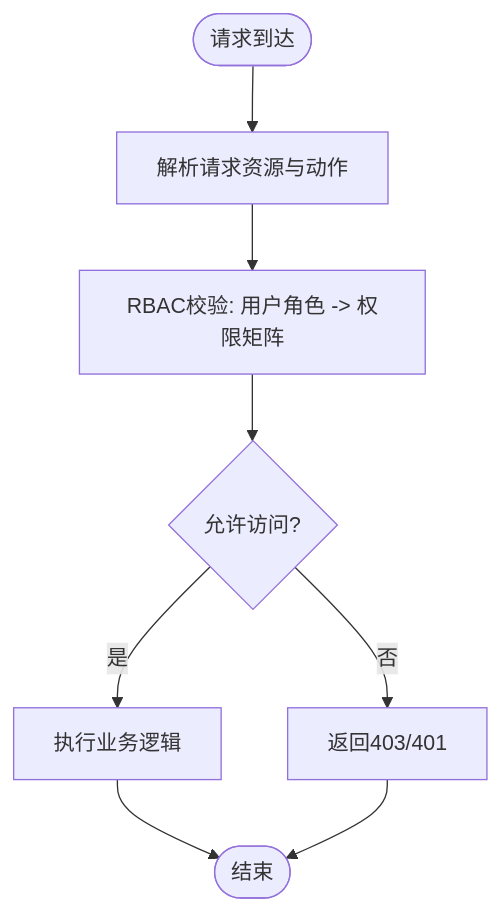
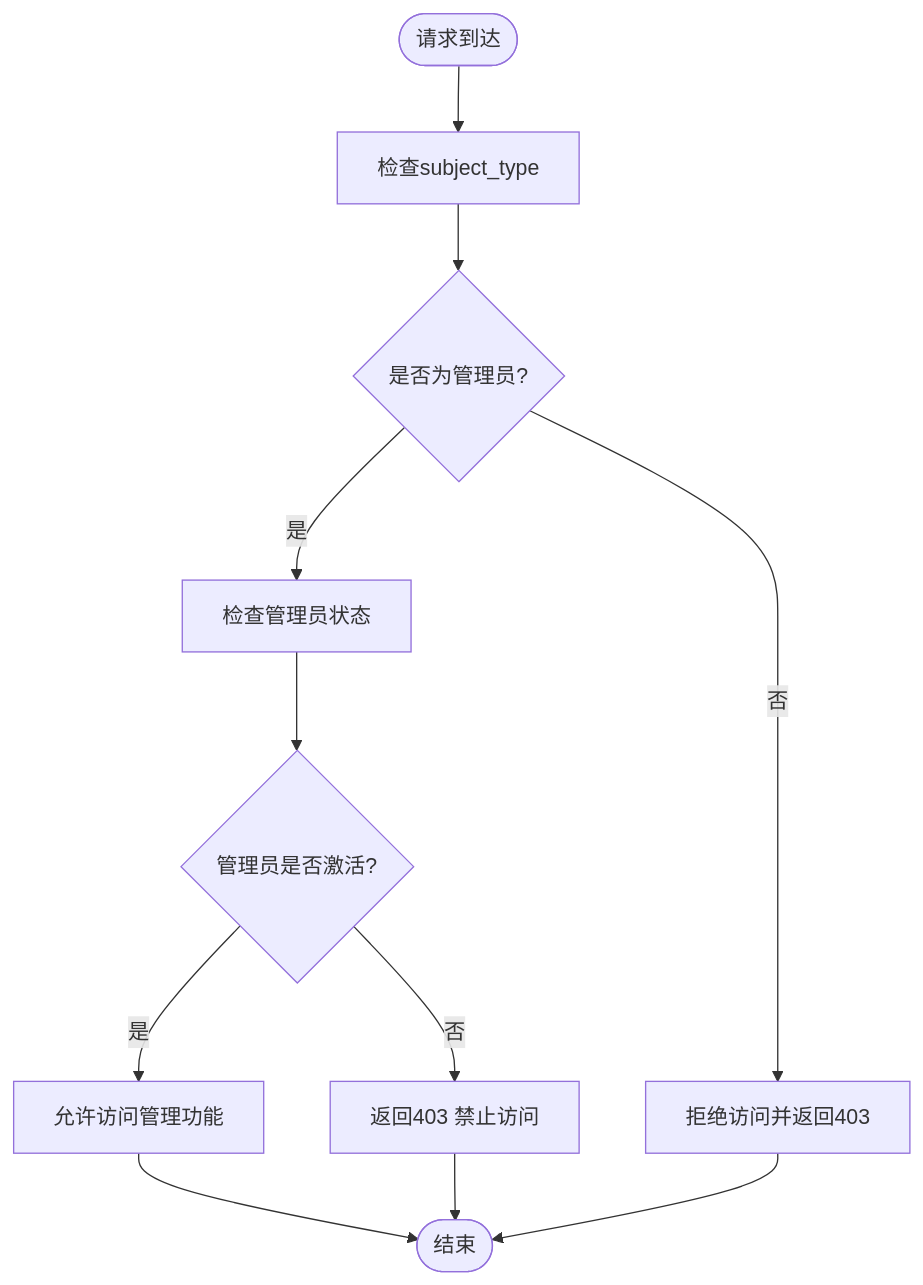
One commit to KunLabAI/KunFlix changed the third of 4 diagrams in .qoder/repowiki/zh/content/部署指南/安全配置/身份认证与授权.md. Above: the diagram before and after it, drawn with Mermaid. The commit also changed other lines of this file and 25 other files, not shown here.

````diff
--- a/.qoder/repowiki/zh/content/部署指南/安全配置/身份认证与授权.md
+++ b/.qoder/repowiki/zh/content/部署指南/安全配置/身份认证与授权.md
@@ -192,10 +141,13 @@
 ```mermaid
 flowchart TD
-Start(["请求到达"]) --> Parse["解析请求资源与动作"]
-Parse --> RBAC["RBAC校验: 用户角色 -> 权限矩阵"]
-RBAC --> Allow{"允许访问?"}
-Allow --> |是| Proceed["执行业务逻辑"]
-Allow --> |否| Deny["返回403/401"]
-Proceed --> End(["结束"])
-Deny --> End
+Start(["请求到达"]) --> CheckSubjectType["检查subject_type"]
+CheckSubjectType --> IsAdmin{"是否为管理员?"}
+IsAdmin --> |是| CheckActive["检查管理员状态"]
+IsAdmin --> |否| DenyAccess["拒绝访问并返回403"]
+CheckActive --> IsActive{"管理员是否激活?"}
+IsActive --> |是| AllowAccess["允许访问管理功能"]
+IsActive --> |否| Forbidden["返回403 禁止访问"]
+AllowAccess --> End(["结束"])
+DenyAccess --> End
+Forbidden --> End
 ```
````
